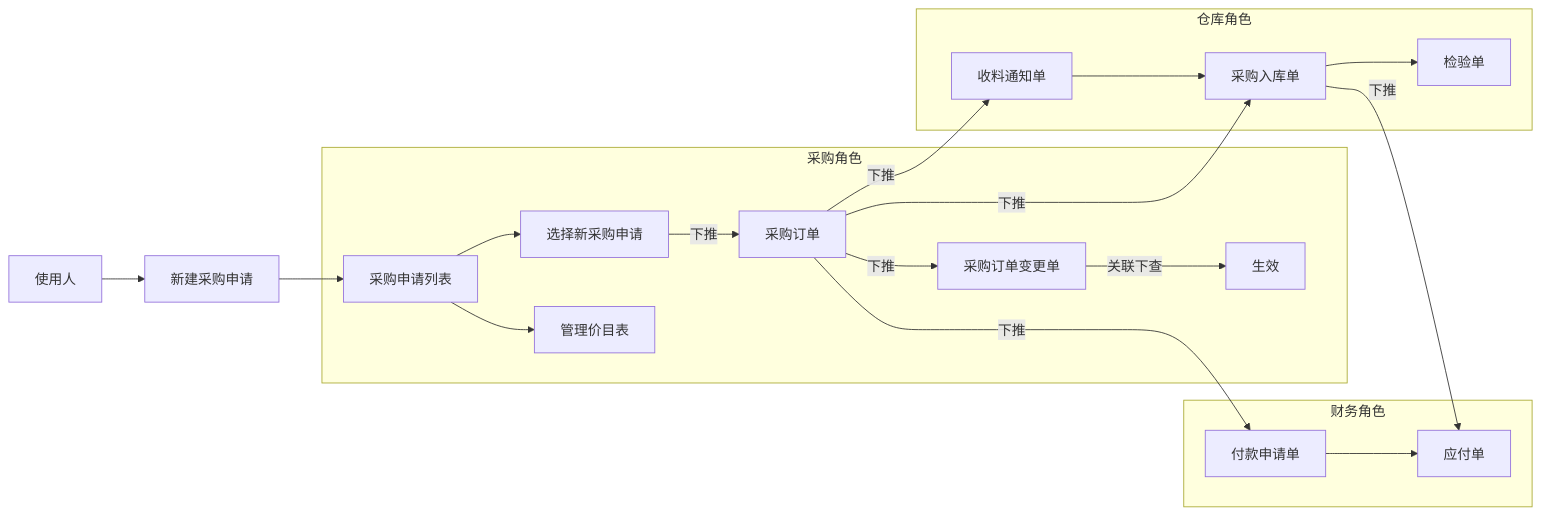
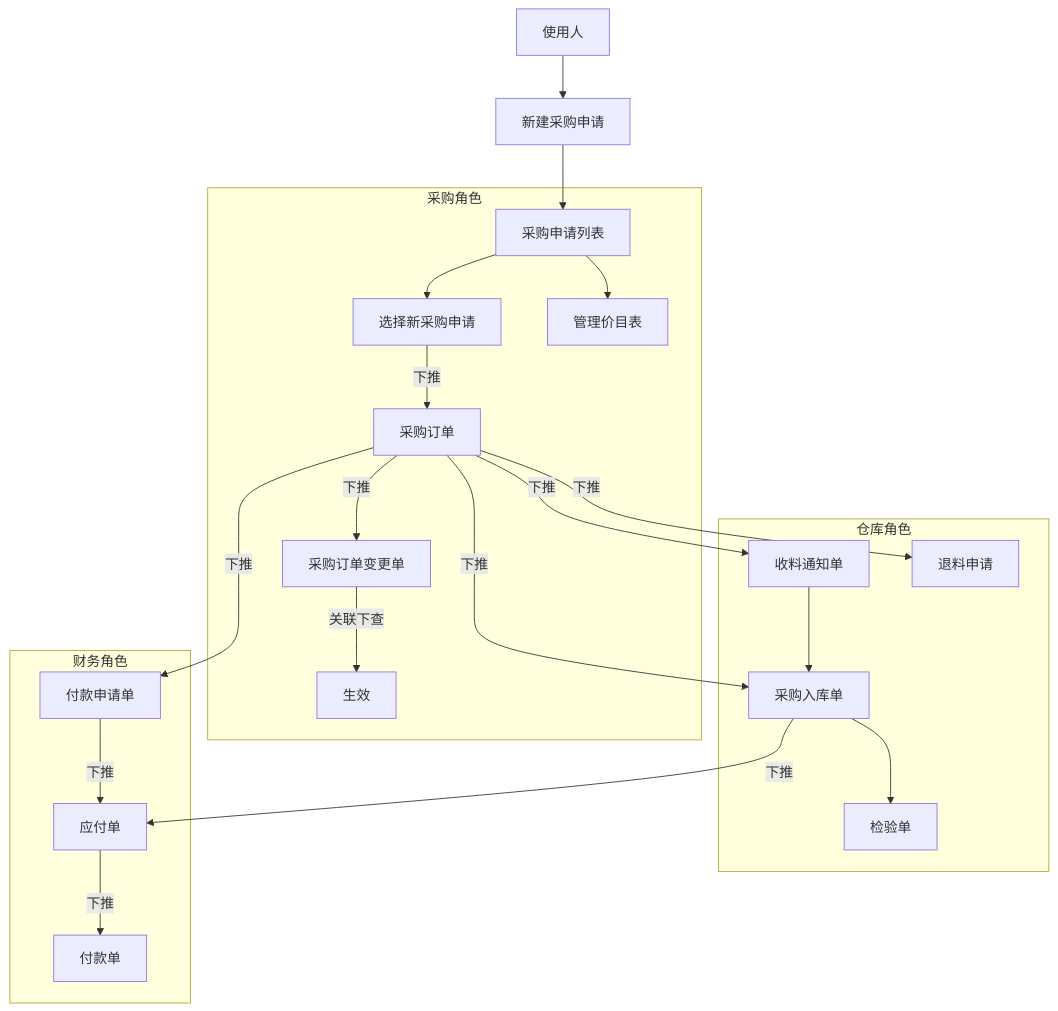
The second of 2 diagrams in src/erp/角色与业务流.md (jack2nb/Files), drawn with Mermaid before and after one commit. The commit also changed other lines of this file and 4 other files, not shown here.

````diff
--- a/src/erp/角色与业务流.md
+++ b/src/erp/角色与业务流.md
@@ -35,25 +35,26 @@
 ```mermaid
-graph LR;
+graph TB;
  
 使用人-->新建采购申请
 新建采购申请--> 采购申请列表
 
 subgraph 采购角色
 采购申请列表 -->选择新采购申请--下推-->采购订单
 采购申请列表 -->管理价目表
 采购订单--下推-->采购订单变更单--关联下查-->生效
 
 end
 subgraph 仓库角色
 采购订单--下推-->收料通知单
 采购订单--下推-->采购入库单
+采购订单--下推-->退料申请
 收料通知单-->采购入库单
 采购入库单-->检验单
 end
 subgraph 财务角色
 采购入库单--下推-->应付单
 采购订单--下推-->付款申请单
-付款申请单-->应付单
+付款申请单--下推-->应付单--下推-->付款单
 end
  
 ```
````
